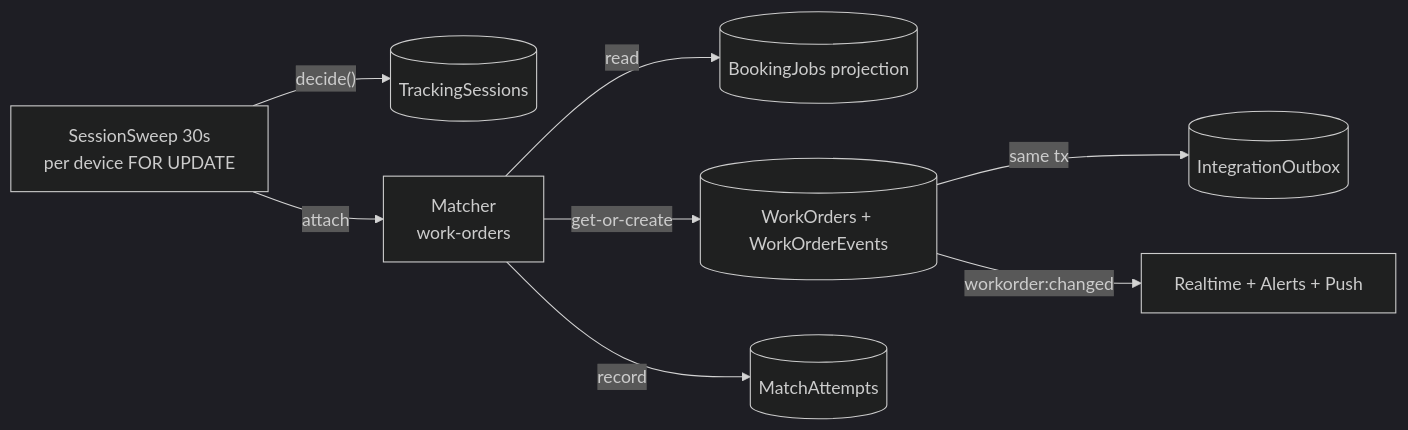
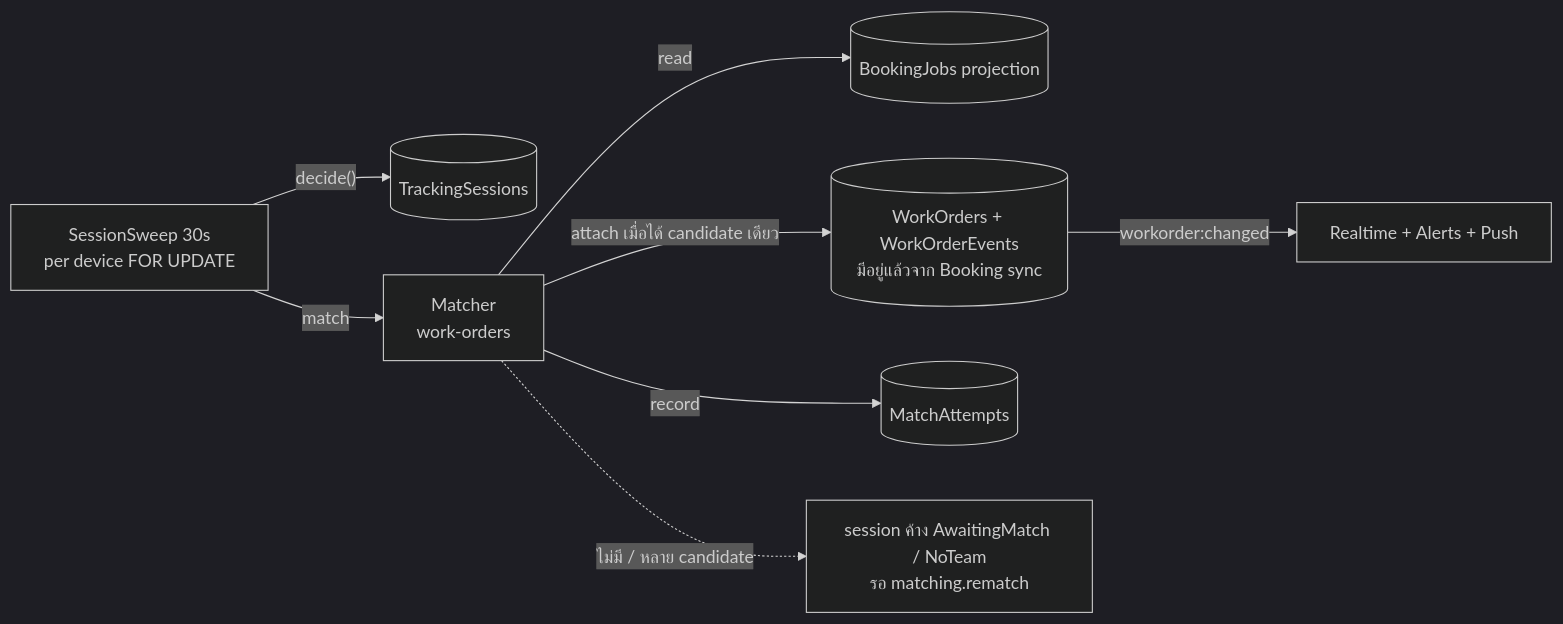
The fifth of 6 diagrams in docs/blueprint/02-system-architecture.md (b-werayut/psd-bodycam-v1.0), drawn with Mermaid (dark theme) before and after one commit. The commit also changed other lines of this file and 304 other files, not shown here.

````diff
--- a/docs/blueprint/02-system-architecture.md
+++ b/docs/blueprint/02-system-architecture.md
@@ -193,10 +202,10 @@
 ```mermaid
 flowchart LR
   SW["SessionSweep 30s<br/>per device FOR UPDATE"] -- "decide()" --> TS[("TrackingSessions")]
-  SW -- "attach" --> M["Matcher<br/>work-orders"]
+  SW -- "match" --> M["Matcher<br/>work-orders"]
   M -- "read" --> BJ[("BookingJobs projection")]
-  M -- "get-or-create" --> WO[("WorkOrders + WorkOrderEvents")]
+  M -- "attach เมื่อได้ candidate เดียว" --> WO[("WorkOrders + WorkOrderEvents<br/>มีอยู่แล้วจาก Booking sync")]
   M -- "record" --> MA[("MatchAttempts")]
-  WO -- "same tx" --> OB[("IntegrationOutbox")]
+  M -. "ไม่มี / หลาย candidate" .-> AW["session ค้าง AwaitingMatch / NoTeam<br/>รอ matching.rematch"]
   WO -- "workorder:changed" --> RT["Realtime + Alerts + Push"]
 ```
````
